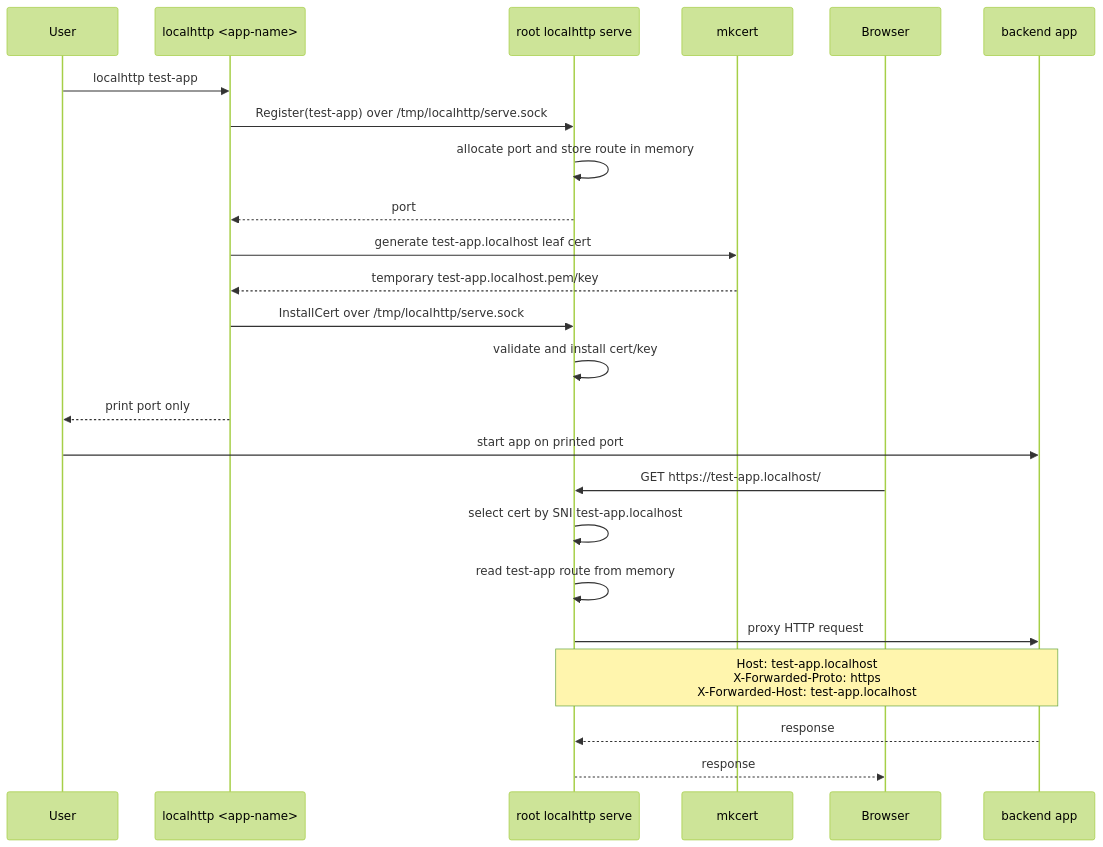
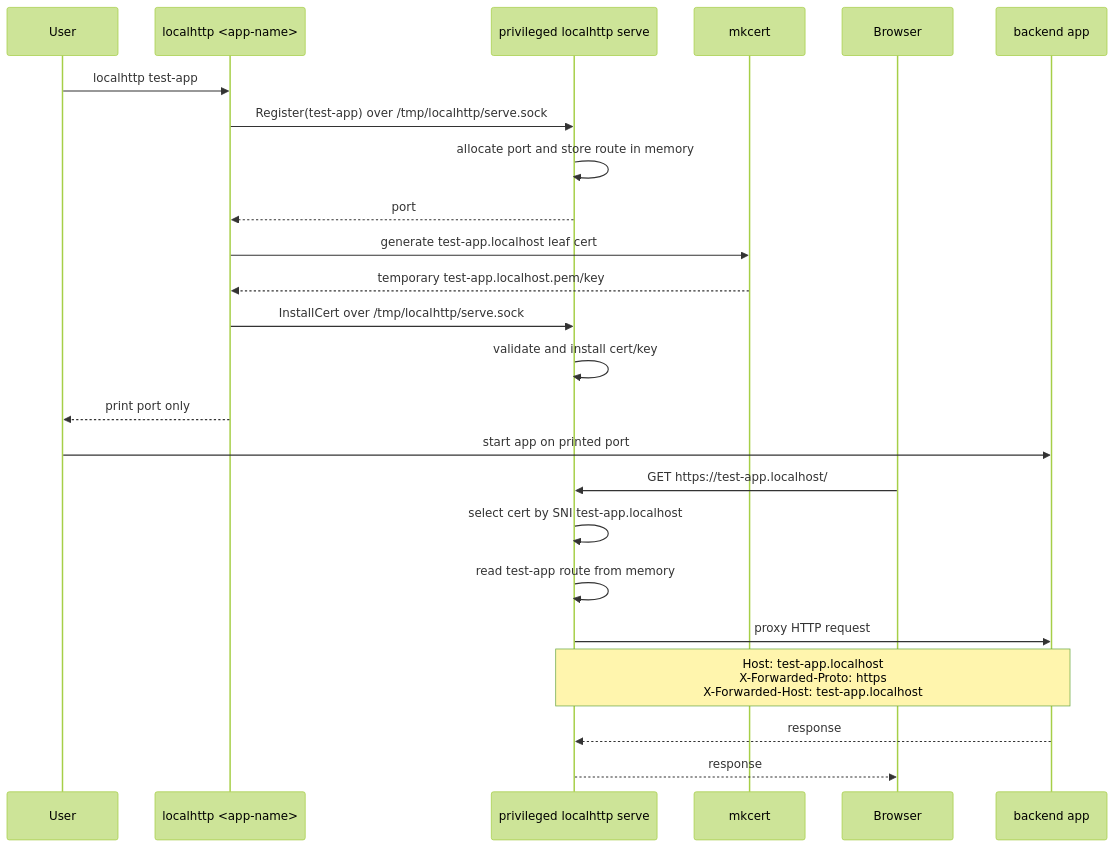
One commit to whazor/localhttp changed the second of 4 diagrams in ARCHITECTURE.md. Above: the diagram before and after it, drawn with Mermaid (forest theme). The commit also changed other lines of this file and 9 other files, not shown here.

````diff
--- a/ARCHITECTURE.md
+++ b/ARCHITECTURE.md
@@ -38,28 +38,28 @@
 ```mermaid
 sequenceDiagram
     participant User
     participant CLI as localhttp <app-name>
-    participant Serve as root localhttp serve
+    participant Serve as privileged localhttp serve
     participant Mkcert as mkcert
     participant Browser
     participant App as backend app
 
     User->>CLI: localhttp test-app
     CLI->>Serve: Register(test-app) over /tmp/localhttp/serve.sock
     Serve->>Serve: allocate port and store route in memory
     Serve-->>CLI: port
     CLI->>Mkcert: generate test-app.localhost leaf cert
     Mkcert-->>CLI: temporary test-app.localhost.pem/key
     CLI->>Serve: InstallCert over /tmp/localhttp/serve.sock
     Serve->>Serve: validate and install cert/key
     CLI-->>User: print port only
 
     User->>App: start app on printed port
     Browser->>Serve: GET https://test-app.localhost/
     Serve->>Serve: select cert by SNI test-app.localhost
     Serve->>Serve: read test-app route from memory
     Serve->>App: proxy HTTP request
     Note over Serve,App: Host: test-app.localhost<br/>X-Forwarded-Proto: https<br/>X-Forwarded-Host: test-app.localhost
     App-->>Serve: response
     Serve-->>Browser: response
 ```
````
